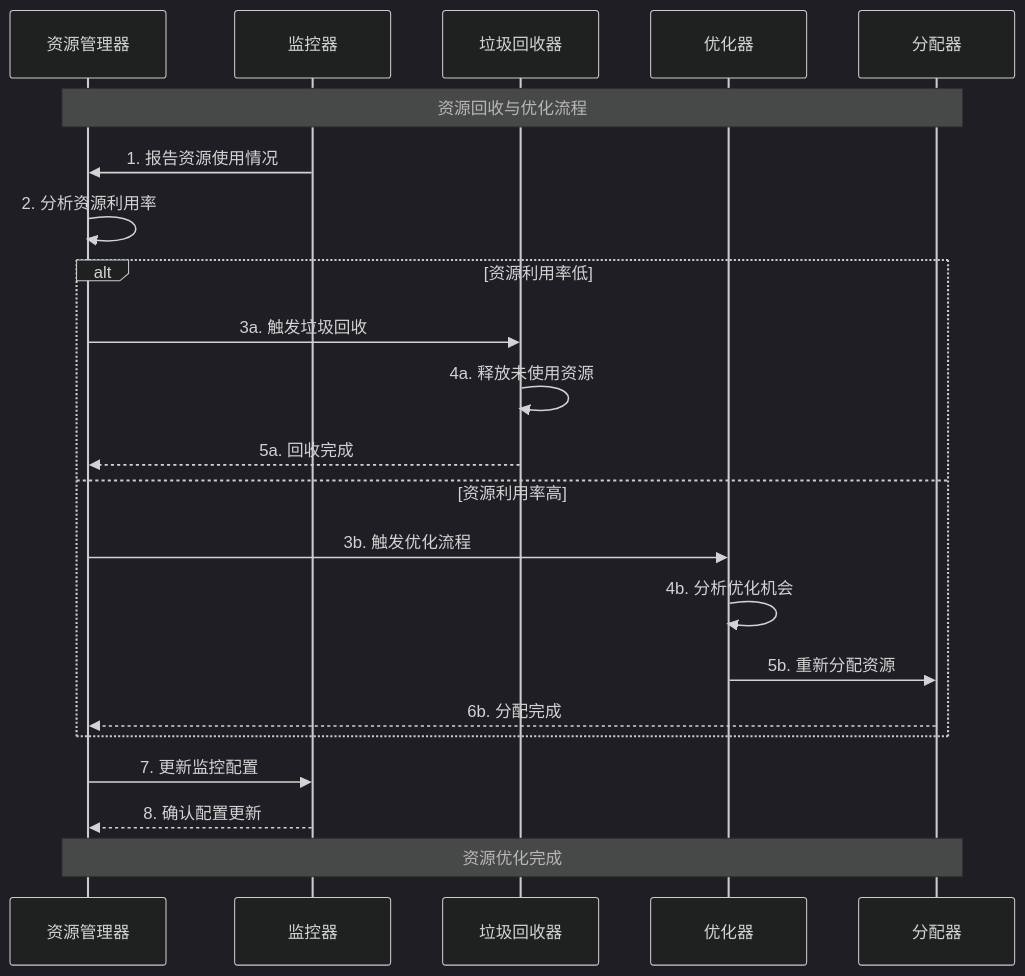
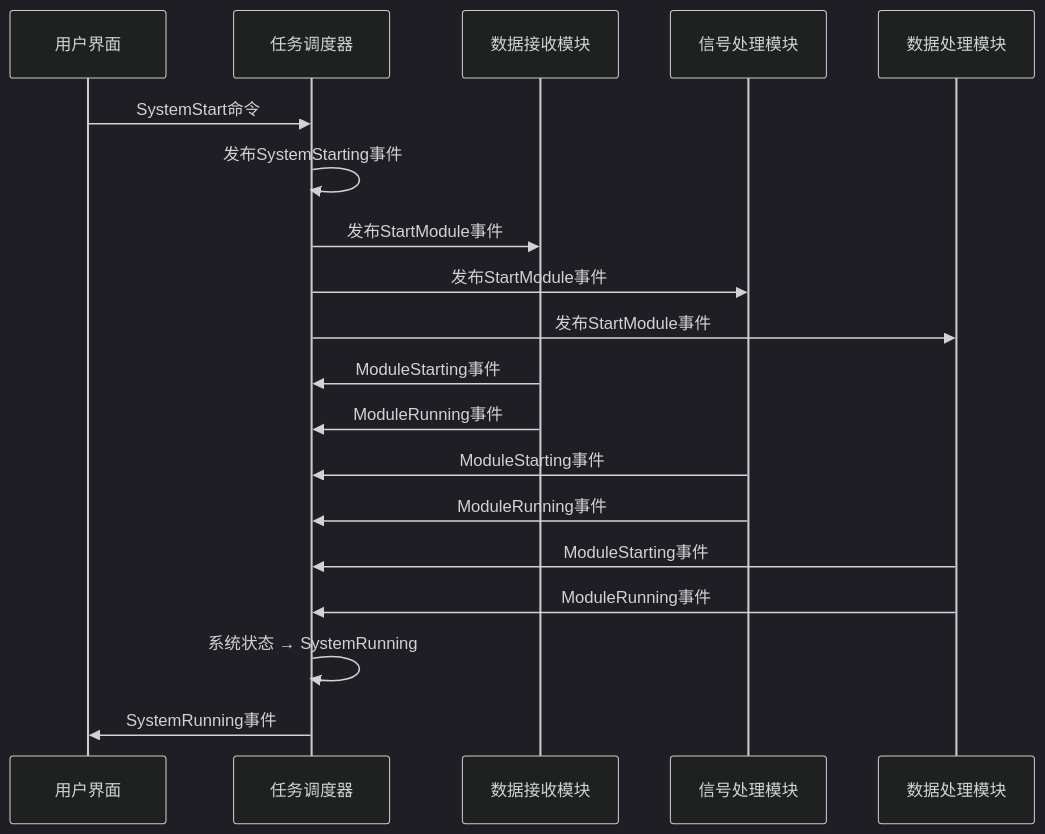
One commit to wendizhou99-cell/Radar changed the sixth of 13 diagrams in docs/01_项目设计/02_模块设计/05_任务调度器设计.md. Above: the diagram before and after it, drawn with Mermaid (dark theme). The commit also changed other lines of this file and 1 other file, not shown here.

````diff
--- a/docs/01_项目设计/02_模块设计/05_任务调度器设计.md
+++ b/docs/01_项目设计/02_模块设计/05_任务调度器设计.md
@@ -839,29 +413,24 @@
 ```mermaid
 sequenceDiagram
-    participant ResourceMgr as 资源管理器
-    participant Monitor as 监控器
-    participant GC as 垃圾回收器
-    participant Optimizer as 优化器
-    participant Allocator as 分配器
+    participant UI as 用户界面
+    participant TS as 任务调度器
+    participant M1 as 数据接收模块
+    participant M2 as 信号处理模块
+    participant M3 as 数据处理模块
 
-    Note over ResourceMgr,Allocator: 资源回收与优化流程
+    UI->>TS: SystemStart命令
+    TS->>TS: 发布SystemStarting事件
+    TS->>M1: 发布StartModule事件
+    TS->>M2: 发布StartModule事件
+    TS->>M3: 发布StartModule事件
 
-    Monitor->>ResourceMgr: 1. 报告资源使用情况
-    ResourceMgr->>ResourceMgr: 2. 分析资源利用率
+    M1->>TS: ModuleStarting事件
+    M1->>TS: ModuleRunning事件
+    M2->>TS: ModuleStarting事件
+    M2->>TS: ModuleRunning事件
+    M3->>TS: ModuleStarting事件
+    M3->>TS: ModuleRunning事件
 
-    alt 资源利用率低
-        ResourceMgr->>GC: 3a. 触发垃圾回收
-        GC->>GC: 4a. 释放未使用资源
-        GC-->>ResourceMgr: 5a. 回收完成
-    else 资源利用率高
-        ResourceMgr->>Optimizer: 3b. 触发优化流程
-        Optimizer->>Optimizer: 4b. 分析优化机会
-        Optimizer->>Allocator: 5b. 重新分配资源
-        Allocator-->>ResourceMgr: 6b. 分配完成
-    end
-
-    ResourceMgr->>Monitor: 7. 更新监控配置
-    Monitor-->>ResourceMgr: 8. 确认配置更新
-
-    Note over ResourceMgr,Allocator: 资源优化完成
+    TS->>TS: 系统状态 → SystemRunning
+    TS->>UI: SystemRunning事件
 ```
````
